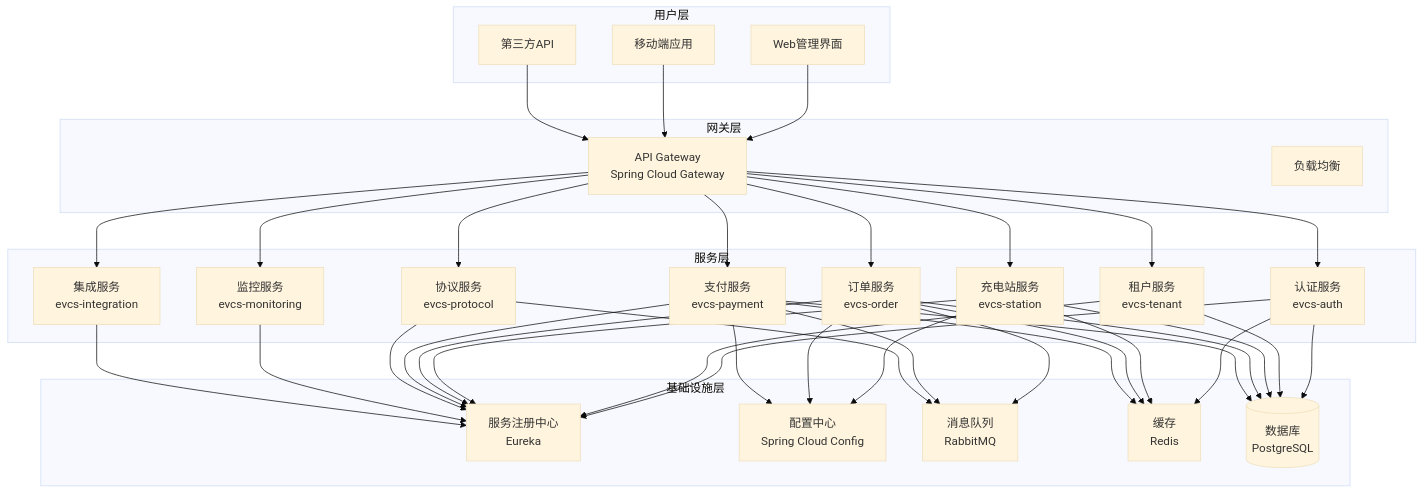
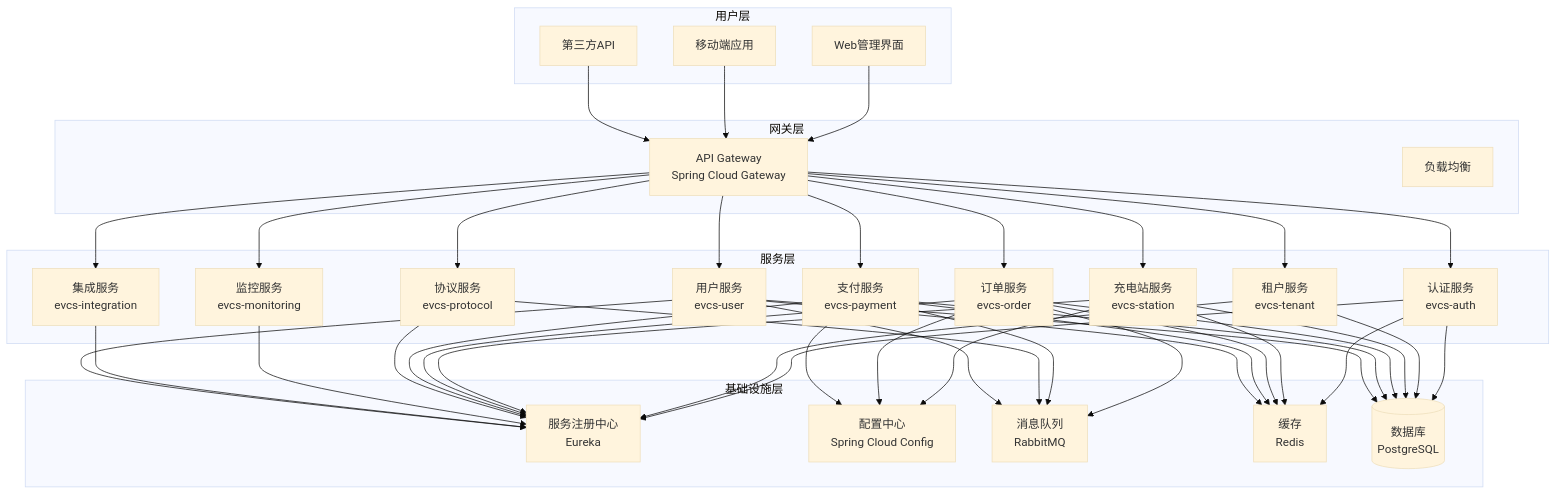
Before and after one commit to Big-Dao/evcs-mgr: the first of 3 diagrams in docs/architecture/architecture.md, drawn with Mermaid (base theme). The commit also changed other lines of this file and 6 other files, not shown here.

First line of the commit message:
docs: 新增 evcs-user 模块规划并刷新相关文档

````diff
--- a/docs/architecture/architecture.md
+++ b/docs/architecture/architecture.md
@@ -13,73 +13,80 @@
 ```mermaid
 graph TB
     subgraph "用户层"
         WEB[Web管理界面]
         MOBILE[移动端应用]
         API[第三方API]
     end
 
     subgraph "网关层"
         GW[API Gateway<br/>Spring Cloud Gateway]
         LB[负载均衡]
     end
 
     subgraph "服务层"
         AUTH[认证服务<br/>evcs-auth]
         TENANT[租户服务<br/>evcs-tenant]
         STATION[充电站服务<br/>evcs-station]
         ORDER[订单服务<br/>evcs-order]
         PAYMENT[支付服务<br/>evcs-payment]
         PROTOCOL[协议服务<br/>evcs-protocol]
         MONITOR[监控服务<br/>evcs-monitoring]
         INTEGRATION[集成服务<br/>evcs-integration]
+        USER[用户服务<br/>evcs-user]
     end
 
     subgraph "基础设施层"
         EUREKA[服务注册中心<br/>Eureka]
         CONFIG[配置中心<br/>Spring Cloud Config]
         MQ[消息队列<br/>RabbitMQ]
         REDIS[缓存<br/>Redis]
         DB[(数据库<br/>PostgreSQL)]
     end
 
     WEB --> GW
     MOBILE --> GW
     API --> GW
 
     GW --> AUTH
     GW --> TENANT
     GW --> STATION
     GW --> ORDER
     GW --> PAYMENT
     GW --> PROTOCOL
     GW --> MONITOR
     GW --> INTEGRATION
+    GW --> USER
 
     AUTH --> EUREKA
     TENANT --> EUREKA
     STATION --> EUREKA
     ORDER --> EUREKA
     PAYMENT --> EUREKA
     PROTOCOL --> EUREKA
     MONITOR --> EUREKA
     INTEGRATION --> EUREKA
+    USER --> EUREKA
 
     STATION --> CONFIG
     ORDER --> CONFIG
     PAYMENT --> CONFIG
 
     ORDER --> MQ
     PAYMENT --> MQ
     PROTOCOL --> MQ
 
     AUTH --> REDIS
     STATION --> REDIS
     ORDER --> REDIS
     PAYMENT --> REDIS
 
     AUTH --> DB
     TENANT --> DB
     STATION --> DB
     ORDER --> DB
     PAYMENT --> DB
+    USER --> DB
+
+    USER --> REDIS
+    USER --> MQ
 ```
````
